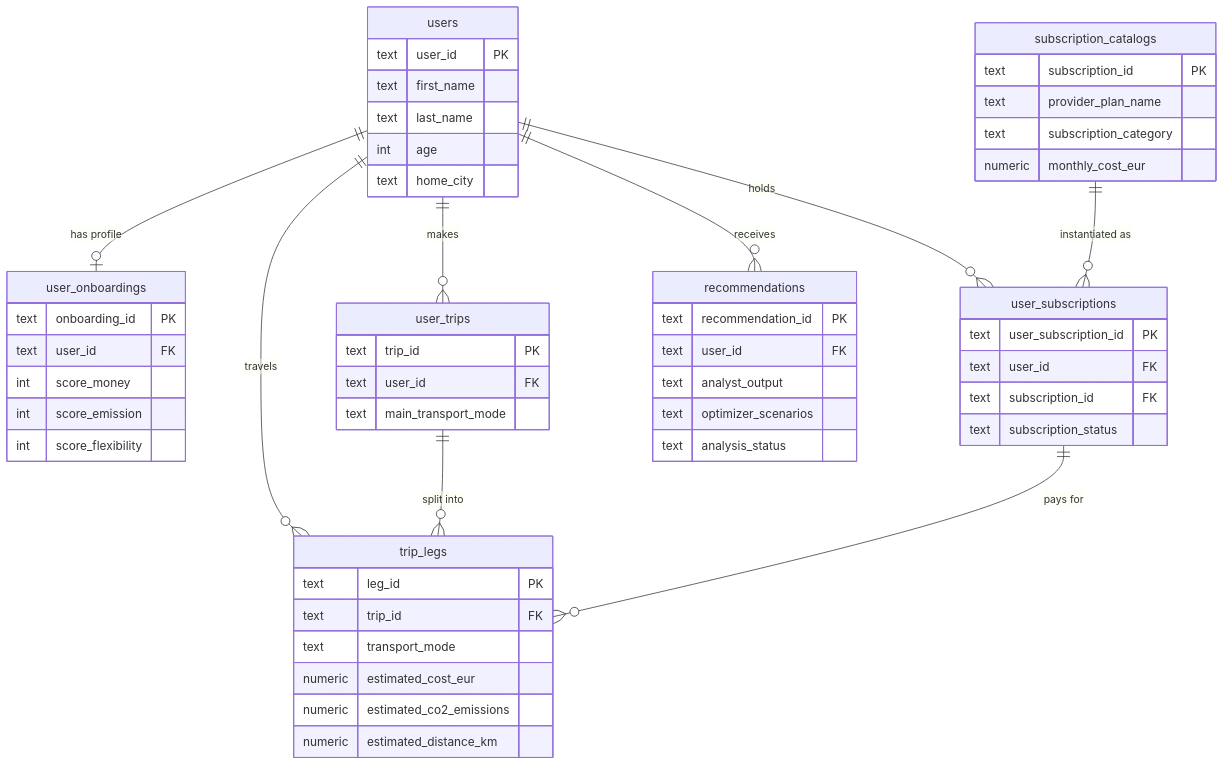
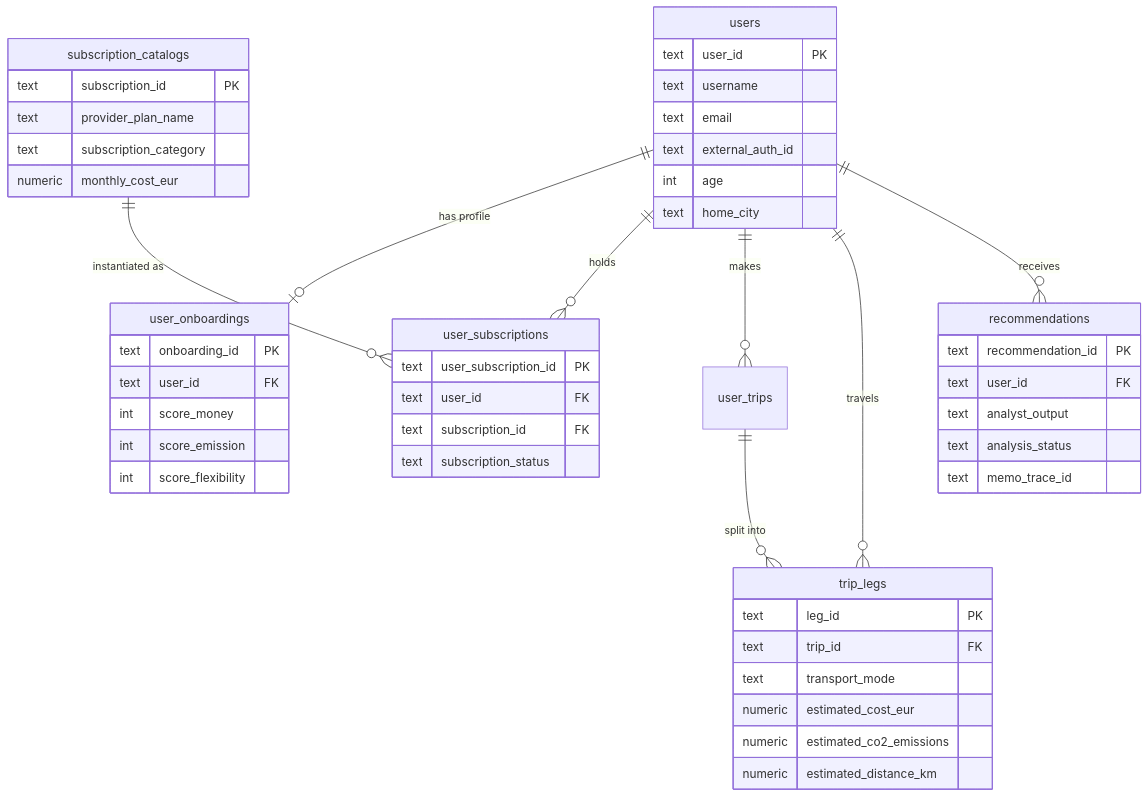
Before and after one commit to tjorgeo/AIIM_DB_mobility_advisior: the second of 5 diagrams in backend/README.md, drawn with Mermaid. The commit also changed other lines of this file and 25 other files, not shown here.

````diff
--- a/backend/README.md
+++ b/backend/README.md
@@ -112,58 +164,53 @@
 ```mermaid
 erDiagram
     users ||--o| user_onboardings : "has profile"
     users ||--o{ user_subscriptions : "holds"
     users ||--o{ user_trips : "makes"
     users ||--o{ trip_legs : "travels"
     users ||--o{ recommendations : "receives"
     subscription_catalogs ||--o{ user_subscriptions : "instantiated as"
     user_trips ||--o{ trip_legs : "split into"
-    user_subscriptions ||--o{ trip_legs : "pays for"
 
     users {
         text user_id PK
-        text first_name
-        text last_name
+        text username
+        text email
+        text external_auth_id
         int  age
         text home_city
     }
     user_onboardings {
         text onboarding_id PK
         text user_id FK
         int  score_money
         int  score_emission
         int  score_flexibility
     }
     subscription_catalogs {
         text subscription_id PK
         text provider_plan_name
         text subscription_category
         numeric monthly_cost_eur
     }
     user_subscriptions {
         text user_subscription_id PK
         text user_id FK
         text subscription_id FK
         text subscription_status
     }
-    user_trips {
-        text trip_id PK
-        text user_id FK
-        text main_transport_mode
-    }
     trip_legs {
         text leg_id PK
         text trip_id FK
         text transport_mode
         numeric estimated_cost_eur
         numeric estimated_co2_emissions
         numeric estimated_distance_km
     }
     recommendations {
         text recommendation_id PK
         text user_id FK
         text analyst_output
-        text optimizer_scenarios
         text analysis_status
+        text memo_trace_id
     }
 ```
````
